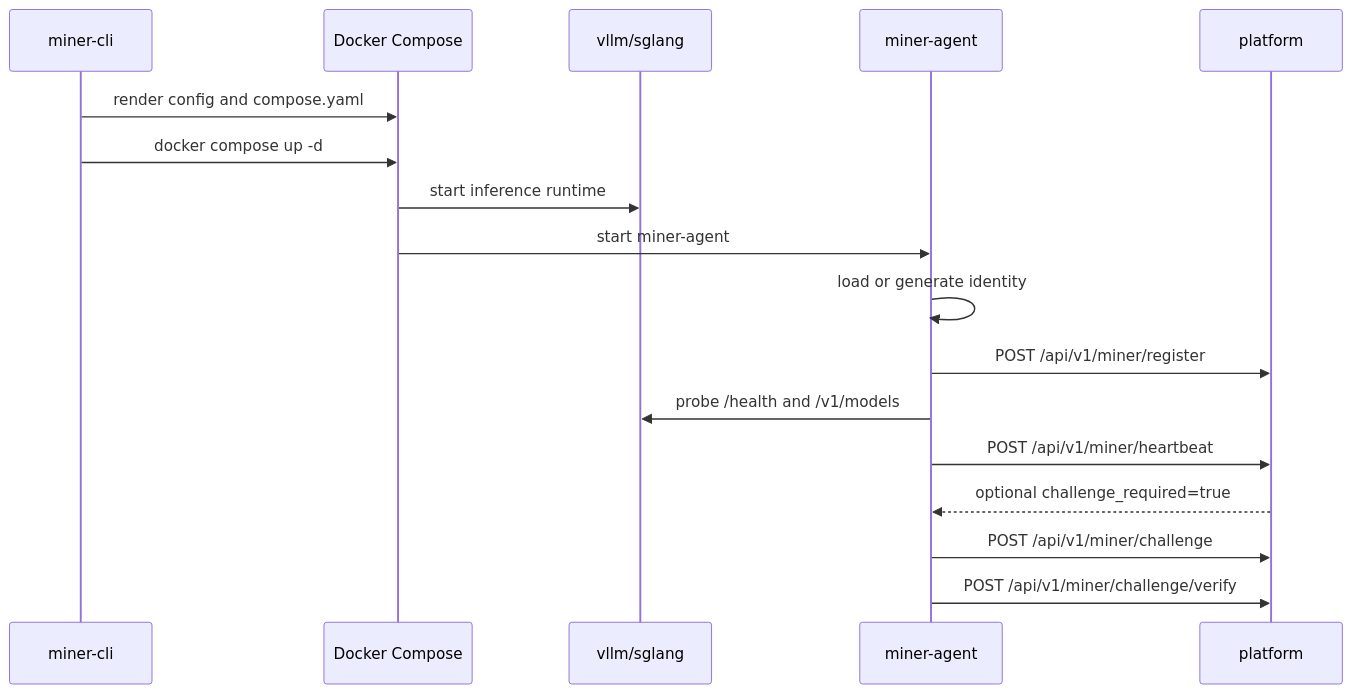
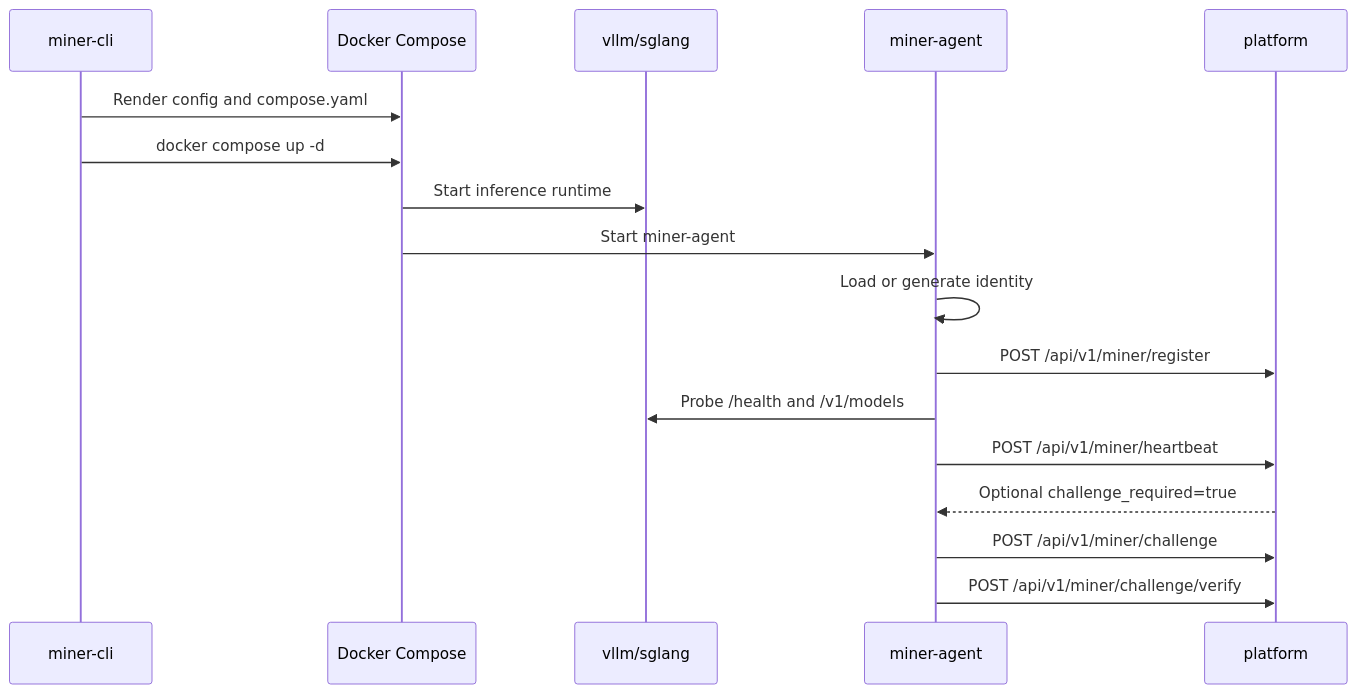
One commit to BTT-AI-labs/BTT-InferGrid-docs changed the second of 2 diagrams in docs/architecture/topology-and-flows.md. Above: the diagram before and after it, drawn with Mermaid. The commit also changed other lines of this file and 34 other files, not shown here.

Commit message:
docs: improve miner-cli configuration documentation, add InferGrid reference materials, and perform comprehensive updates to documentation and translations

````diff
--- a/docs/architecture/topology-and-flows.md
+++ b/docs/architecture/topology-and-flows.md
@@ -46,20 +58,20 @@
 ```mermaid
 sequenceDiagram
   participant CLI as miner-cli
   participant Compose as Docker Compose
   participant Runtime as vllm/sglang
   participant Agent as miner-agent
   participant API as platform
 
-  CLI->>Compose: render config and compose.yaml
+  CLI->>Compose: Render config and compose.yaml
   CLI->>Compose: docker compose up -d
-  Compose->>Runtime: start inference runtime
-  Compose->>Agent: start miner-agent
-  Agent->>Agent: load or generate identity
+  Compose->>Runtime: Start inference runtime
+  Compose->>Agent: Start miner-agent
+  Agent->>Agent: Load or generate identity
   Agent->>API: POST /api/v1/miner/register
-  Agent->>Runtime: probe /health and /v1/models
+  Agent->>Runtime: Probe /health and /v1/models
   Agent->>API: POST /api/v1/miner/heartbeat
-  API-->>Agent: optional challenge_required=true
+  API-->>Agent: Optional challenge_required=true
   Agent->>API: POST /api/v1/miner/challenge
   Agent->>API: POST /api/v1/miner/challenge/verify
 ```
````
